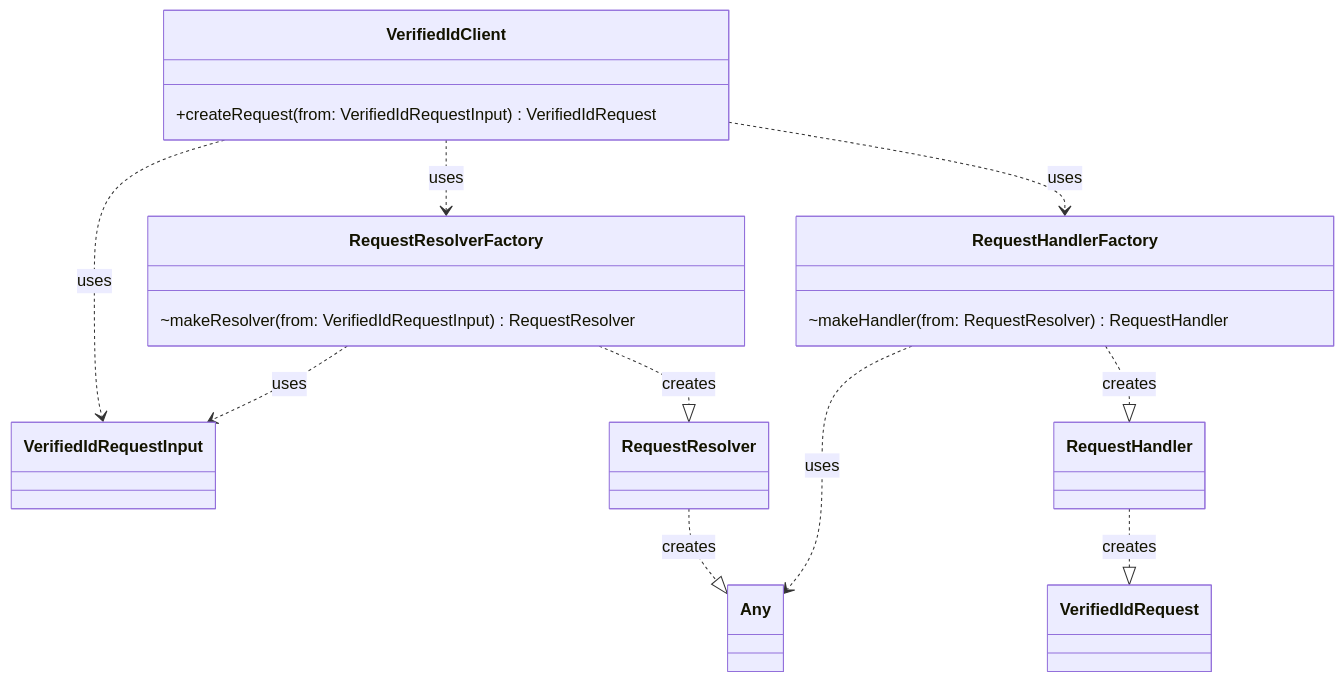
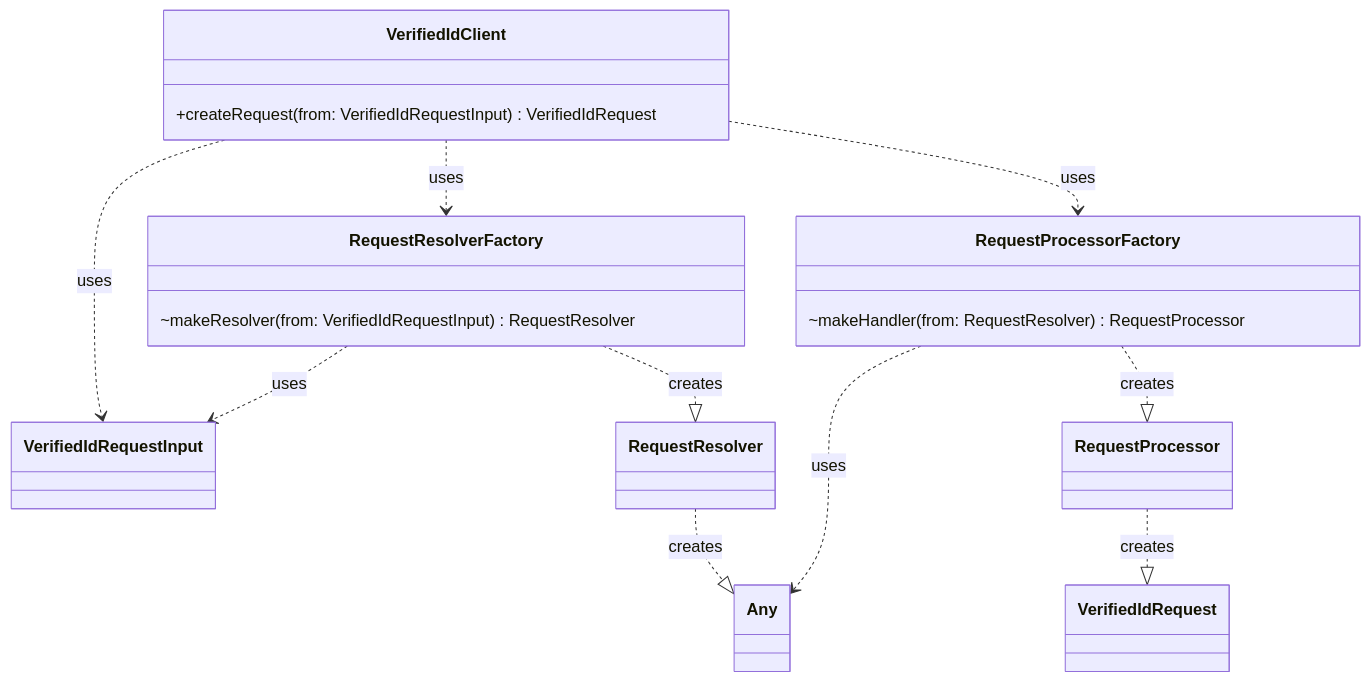
The second of 2 diagrams in Docs/InternalArchitecture.md (microsoft/entra-verifiedid-wallet-library-ios), drawn with Mermaid before and after one commit. The commit also changed other lines of this file, not shown here.

````diff
--- a/Docs/InternalArchitecture.md
+++ b/Docs/InternalArchitecture.md
@@ -41,22 +41,22 @@
 ```mermaid
 classDiagram
 VerifiedIdClient ..> RequestResolverFactory: uses
-VerifiedIdClient ..> RequestHandlerFactory: uses
+VerifiedIdClient ..> RequestProcessorFactory: uses
 VerifiedIdClient ..> VerifiedIdRequestInput: uses
 RequestResolverFactory ..> VerifiedIdRequestInput: uses
 RequestResolverFactory ..|> RequestResolver: creates
 RequestResolver ..|> Any: creates
-RequestHandlerFactory ..> Any: uses
-RequestHandlerFactory ..|> RequestHandler: creates
-RequestHandler ..|> VerifiedIdRequest: creates
+RequestProcessorFactory ..> Any: uses
+RequestProcessorFactory ..|> RequestProcessor: creates
+RequestProcessor ..|> VerifiedIdRequest: creates
 class VerifiedIdClient{
     +createRequest(from: VerifiedIdRequestInput) VerifiedIdRequest
 }
 class RequestResolverFactory{
     ~makeResolver(from: VerifiedIdRequestInput) RequestResolver
 }
-class RequestHandlerFactory{
-    ~makeHandler(from: RequestResolver) RequestHandler
+class RequestProcessorFactory{
+    ~makeHandler(from: RequestResolver) RequestProcessor
 }
 
 ```
````
